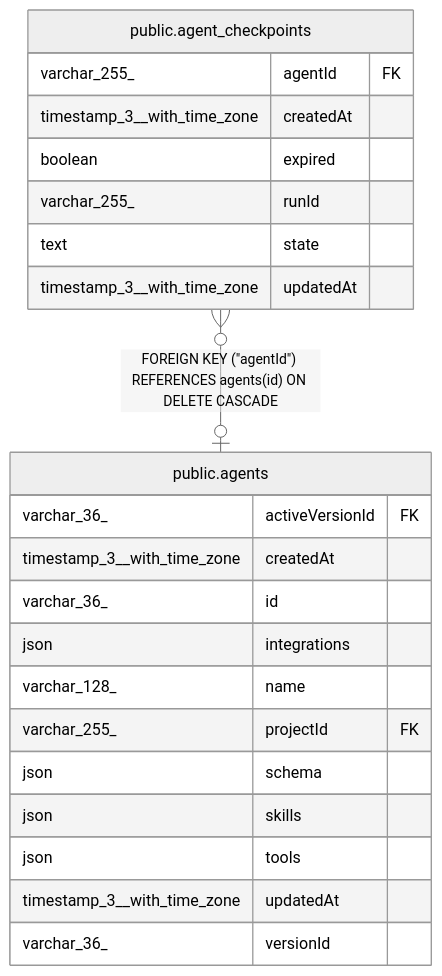
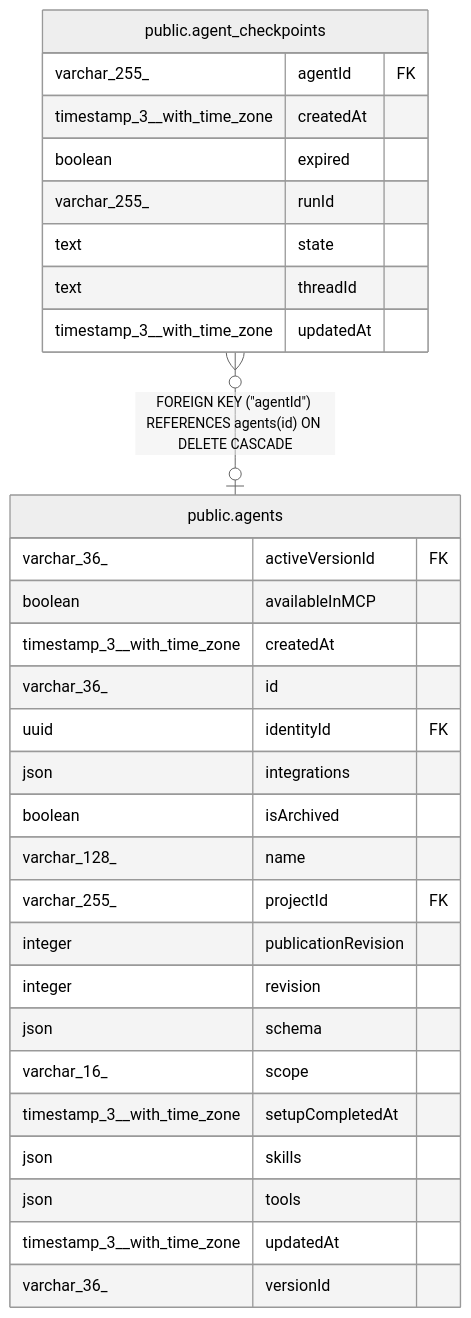
One commit to koreatest12/studys changed the diagram in n8n_integration/n8n_source/docs/generated/postgres-schema/public.agent_checkpoints.md. Above: the diagram before and after it, drawn with Mermaid (neutral theme). The commit also changed other lines of this file and 23019 other files, not shown here.

````diff
--- a/n8n_integration/n8n_source/docs/generated/postgres-schema/public.agent_checkpoints.md
+++ b/n8n_integration/n8n_source/docs/generated/postgres-schema/public.agent_checkpoints.md
@@ -34,27 +37,35 @@
 ```mermaid
 erDiagram
 
 "public.agent_checkpoints" }o--o| "public.agents" : "FOREIGN KEY (#quot;agentId#quot;) REFERENCES agents(id) ON DELETE CASCADE"
 
 "public.agent_checkpoints" {
   varchar_255_ agentId FK
   timestamp_3__with_time_zone createdAt
   boolean expired
   varchar_255_ runId
   text state
+  text threadId
   timestamp_3__with_time_zone updatedAt
 }
 "public.agents" {
   varchar_36_ activeVersionId FK
+  boolean availableInMCP
   timestamp_3__with_time_zone createdAt
   varchar_36_ id
+  uuid identityId FK
   json integrations
+  boolean isArchived
   varchar_128_ name
   varchar_255_ projectId FK
+  integer publicationRevision
+  integer revision
   json schema
+  varchar_16_ scope
+  timestamp_3__with_time_zone setupCompletedAt
   json skills
   json tools
   timestamp_3__with_time_zone updatedAt
   varchar_36_ versionId
 }
 ```
````
